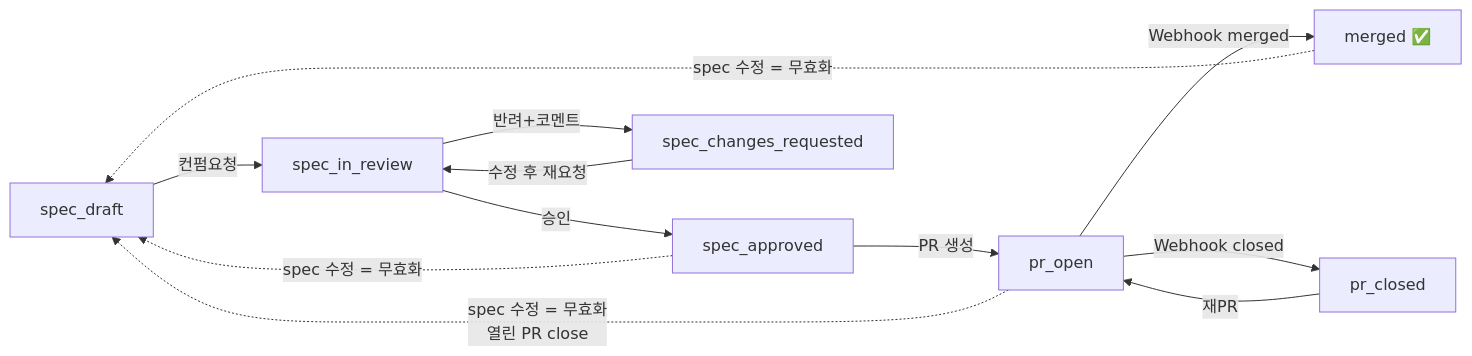
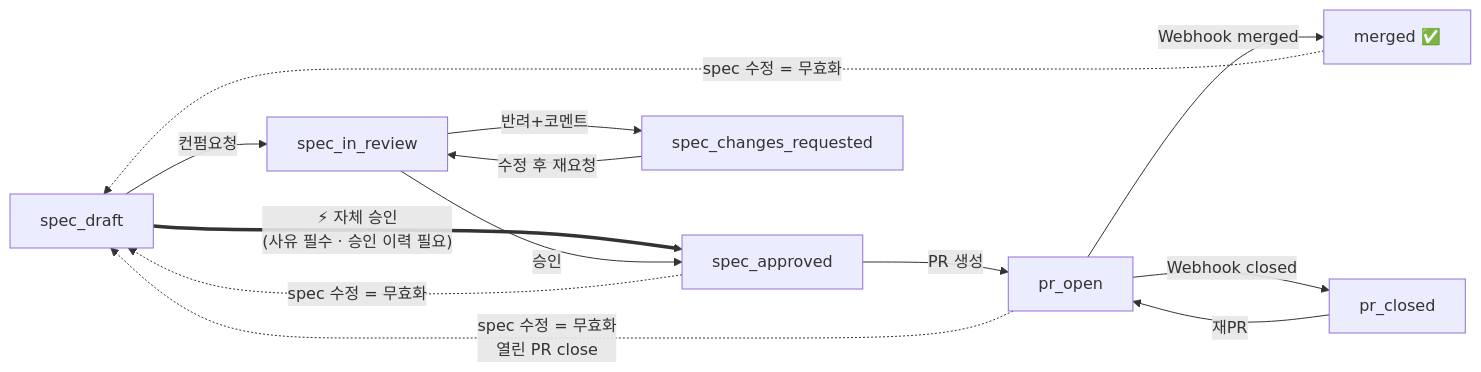
One commit to mash-up-kr/mino-android-spec-center changed the first of 2 diagrams in docs/design/state-machine.md. Above: the diagram before and after it, drawn with Mermaid. The commit also changed other lines of this file and 14 other files, not shown here.

````diff
--- a/docs/design/state-machine.md
+++ b/docs/design/state-machine.md
@@ -72,14 +103,15 @@
 ```mermaid
 flowchart LR
     draft["spec_draft"] -->|컨펌요청| review["spec_in_review"]
-    review -->|승인| approved["spec_approved"]
+    draft ==>|"⚡ 자체 승인<br/>(사유 필수 · 승인 이력 필요)"| approved["spec_approved"]
+    review -->|승인| approved
     review -->|반려+코멘트| changes["spec_changes_requested"]
     changes -->|수정 후 재요청| review
     approved -->|PR 생성| pr["pr_open"]
     pr -->|Webhook merged| merged["merged ✅"]
     pr -->|Webhook closed| closed["pr_closed"]
     closed -->|재PR| pr
     approved -.->|spec 수정 = 무효화| draft
     pr -.->|spec 수정 = 무효화<br/>열린 PR close| draft
     merged -.->|spec 수정 = 무효화| draft
 ```
````
